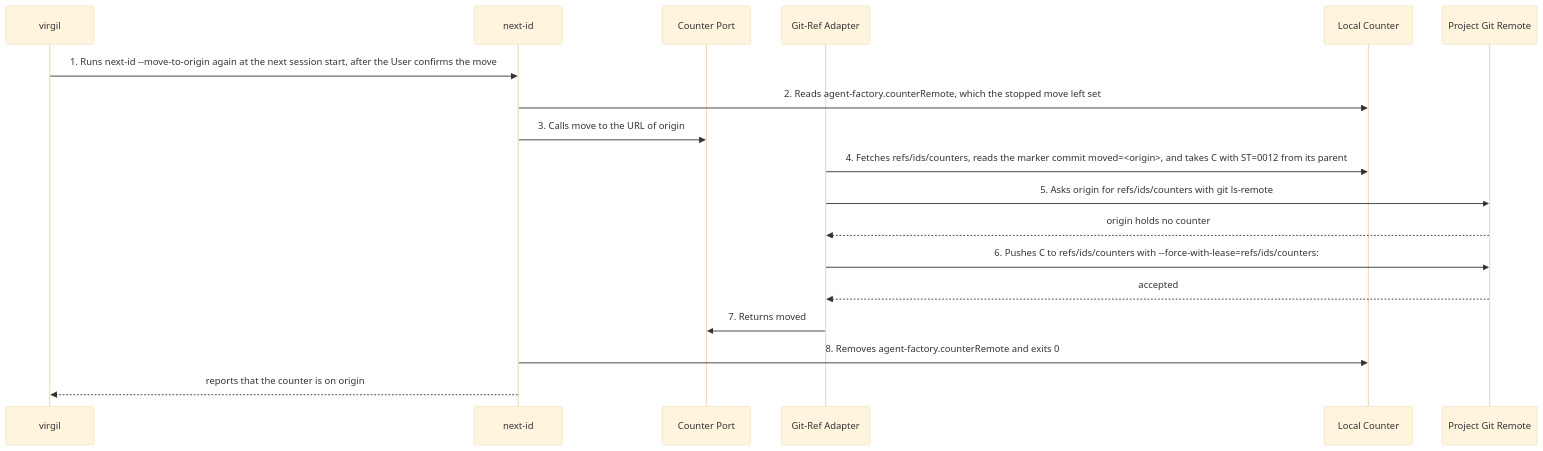
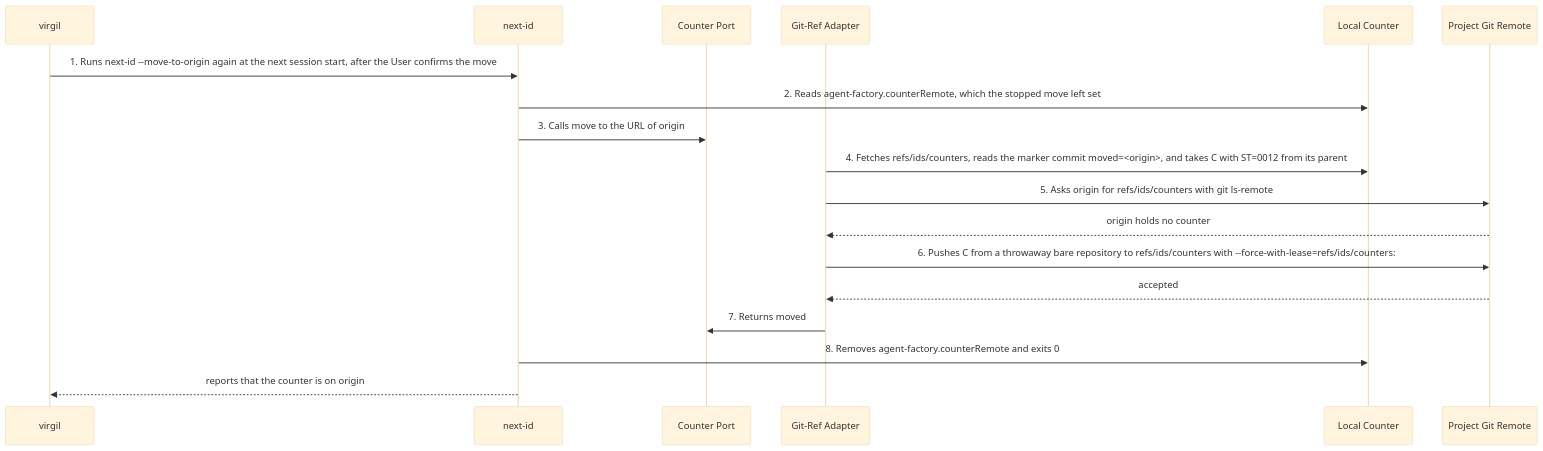
One commit to matthiasdaues/agent_factory changed diagram 25 of 25 in docs/arc42/06_runtime_view.md. Above: the diagram before and after it, drawn with Mermaid (base theme). The commit also changed other lines of this file and 12 other files, not shown here.

````diff
--- a/docs/arc42/06_runtime_view.md
+++ b/docs/arc42/06_runtime_view.md
@@ -938,21 +942,21 @@
 ```mermaid
 sequenceDiagram
     participant VI as virgil
     participant NI as next-id
     participant CP as Counter Port
     participant GA as Git-Ref Adapter
     participant LC as Local Counter
     participant PR as Project Git Remote
 
     VI->>NI: 1. Runs next-id --move-to-origin again at the next session start, after the User confirms the move
     NI->>LC: 2. Reads agent-factory.counterRemote, which the stopped move left set
     NI->>CP: 3. Calls move to the URL of origin
     GA->>LC: 4. Fetches refs/ids/counters, reads the marker commit moved=<origin>, and takes C with ST=0012 from its parent
     GA->>PR: 5. Asks origin for refs/ids/counters with git ls-remote
     PR-->>GA: origin holds no counter
-    GA->>PR: 6. Pushes C to refs/ids/counters with --force-with-lease=refs/ids/counters:
+    GA->>PR: 6. Pushes C from a throwaway bare repository to refs/ids/counters with --force-with-lease=refs/ids/counters:
     PR-->>GA: accepted
     GA->>CP: 7. Returns moved
     NI->>LC: 8. Removes agent-factory.counterRemote and exits 0
     NI-->>VI: reports that the counter is on origin
 ```
````
